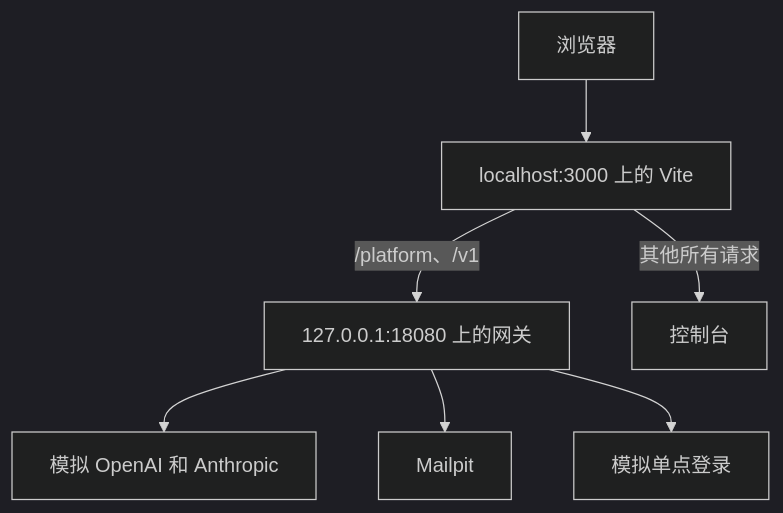
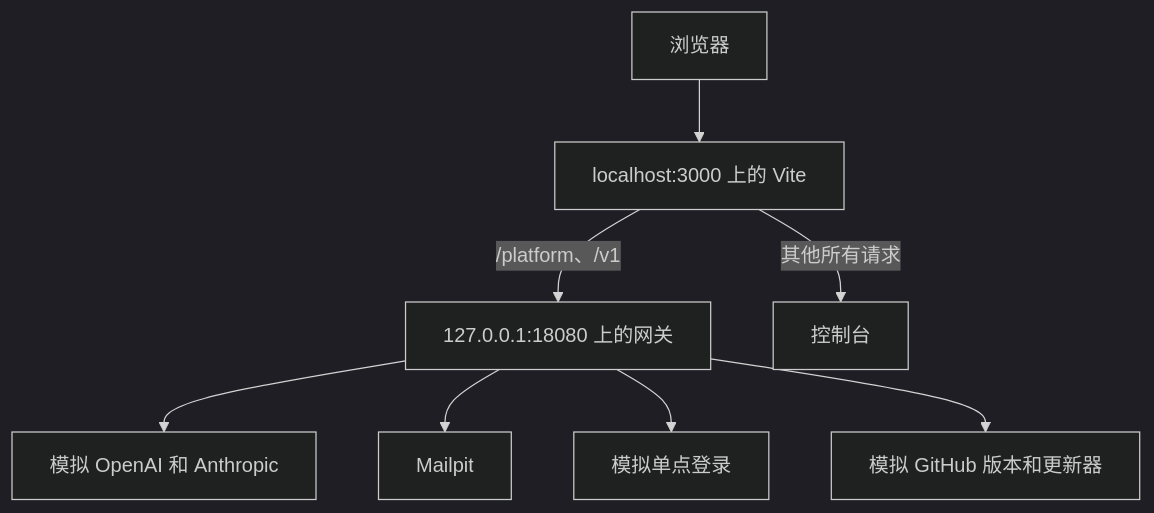
One commit to logicplanes/kaeso changed the diagram in apps/docs/content/zh-CN/development/local-setup.md. Above: the diagram before and after it, drawn with Mermaid (dark theme). The commit also changed other lines of this file and 137 other files, not shown here.

````diff
--- a/apps/docs/content/zh-CN/development/local-setup.md
+++ b/apps/docs/content/zh-CN/development/local-setup.md
@@ -86,11 +87,12 @@
 ```mermaid
 flowchart TD
   accTitle: 开发环境
-  accDescr: 浏览器打开 localhost:3000 上的 Vite；Vite 把 /platform 和 /v1 转发到 127.0.0.1:18080 上的网关，其他请求则返回控制台。网关调用模拟服务商、Mailpit 和模拟身份提供方。
+  accDescr: 浏览器打开 localhost:3000 上的 Vite；Vite 把 /platform 和 /v1 转发到 127.0.0.1:18080 上的网关，其他请求则返回控制台。网关调用模拟服务商、Mailpit、模拟身份提供方以及模拟版本和模拟更新器。
   browser[浏览器] --> vite[localhost:3000 上的 Vite]
   vite -- /platform、/v1 --> gateway[127.0.0.1:18080 上的网关]
   vite -- 其他所有请求 --> console[控制台]
   gateway --> provider[模拟 OpenAI 和 Anthropic]
   gateway --> mail[Mailpit]
   gateway --> idp[模拟单点登录]
+  gateway --> releases[模拟 GitHub 版本和更新器]
 ```
````
